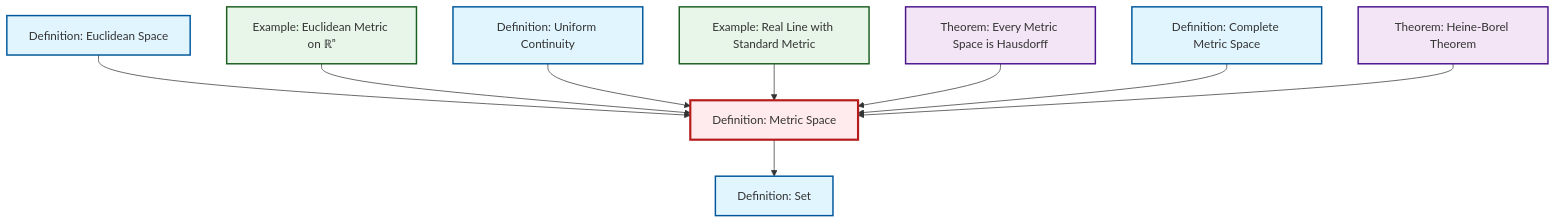
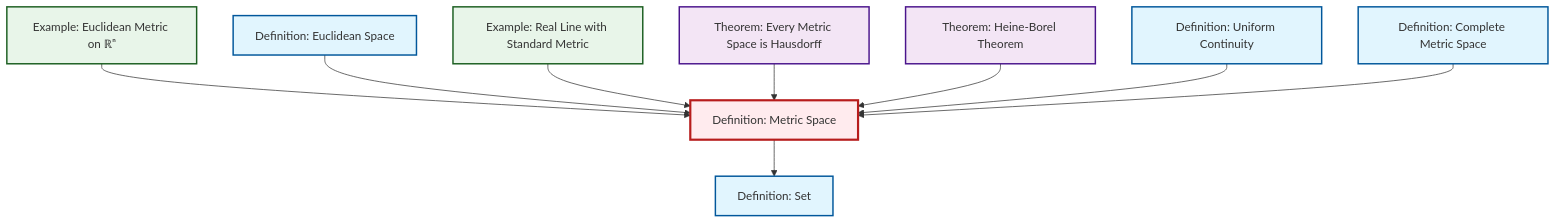
The diagram in content/ja/analysis/def-metric-space.qmd (RK0429/ModernMath), drawn with Mermaid before and after one commit. The commit also changed other lines of this file and 497 other files, not shown here.

````diff
--- a/content/ja/analysis/def-metric-space.qmd
+++ b/content/ja/analysis/def-metric-space.qmd
@@ -51,35 +51,35 @@
 ```{mermaid}
 %%| fig-cap: "Local dependency graph"
 graph TD
     classDef definition fill:#e1f5fe,stroke:#01579b,stroke-width:2px
     classDef theorem fill:#f3e5f5,stroke:#4a148c,stroke-width:2px
     classDef axiom fill:#fff3e0,stroke:#e65100,stroke-width:2px
     classDef example fill:#e8f5e9,stroke:#1b5e20,stroke-width:2px
     classDef current fill:#ffebee,stroke:#b71c1c,stroke-width:3px
+    def-uniform-continuity["Definition: Uniform Continuity"]:::definition
+    ex-real-line-metric["Example: Real Line with Standard Metric"]:::example
+    def-set["Definition: Set"]:::definition
+    def-complete-metric-space["Definition: Complete Metric Space"]:::definition
+    def-euclidean-space["Definition: Euclidean Space"]:::definition
+    thm-metric-hausdorff["Theorem: Every Metric Space is Hausdorff"]:::theorem
     def-metric-space["Definition: Metric Space"]:::definition
-    thm-metric-hausdorff["Theorem: Every Metric Space is Hausdorff"]:::theorem
     thm-heine-borel["Theorem: Heine-Borel Theorem"]:::theorem
-    def-uniform-continuity["Definition: Uniform Continuity"]:::definition
-    def-set["Definition: Set"]:::definition
     ex-euclidean-metric["Example: Euclidean Metric on ℝⁿ"]:::example
-    def-euclidean-space["Definition: Euclidean Space"]:::definition
-    ex-real-line-metric["Example: Real Line with Standard Metric"]:::example
-    def-complete-metric-space["Definition: Complete Metric Space"]:::definition
+    ex-euclidean-metric --> def-metric-space
+    def-metric-space --> def-set
     def-euclidean-space --> def-metric-space
-    ex-euclidean-metric --> def-metric-space
+    ex-real-line-metric --> def-metric-space
+    thm-metric-hausdorff --> def-metric-space
+    thm-heine-borel --> def-metric-space
     def-uniform-continuity --> def-metric-space
-    ex-real-line-metric --> def-metric-space
-    def-metric-space --> def-set
-    thm-metric-hausdorff --> def-metric-space
     def-complete-metric-space --> def-metric-space
-    thm-heine-borel --> def-metric-space
     class def-metric-space current
+    click def-uniform-continuity "def-uniform-continuity.html" "Definition: Uniform Continuityへ"
+    click ex-real-line-metric "ex-real-line-metric.html" "Example: Real Line with Standard Metricへ"
+    click def-set "def-set.html" "Definition: Setへ"
+    click def-complete-metric-space "def-complete-metric-space.html" "Definition: Complete Metric Spaceへ"
+    click def-euclidean-space "def-euclidean-space.html" "Definition: Euclidean Spaceへ"
     click thm-metric-hausdorff "thm-metric-hausdorff.html" "Theorem: Every Metric Space is Hausdorffへ"
     click thm-heine-borel "thm-heine-borel.html" "Theorem: Heine-Borel Theoremへ"
-    click def-uniform-continuity "def-uniform-continuity.html" "Definition: Uniform Continuityへ"
-    click def-set "def-set.html" "Definition: Setへ"
     click ex-euclidean-metric "ex-euclidean-metric.html" "Example: Euclidean Metric on ℝⁿへ"
-    click def-euclidean-space "def-euclidean-space.html" "Definition: Euclidean Spaceへ"
-    click ex-real-line-metric "ex-real-line-metric.html" "Example: Real Line with Standard Metricへ"
-    click def-complete-metric-space "def-complete-metric-space.html" "Definition: Complete Metric Spaceへ"
 ```
````
